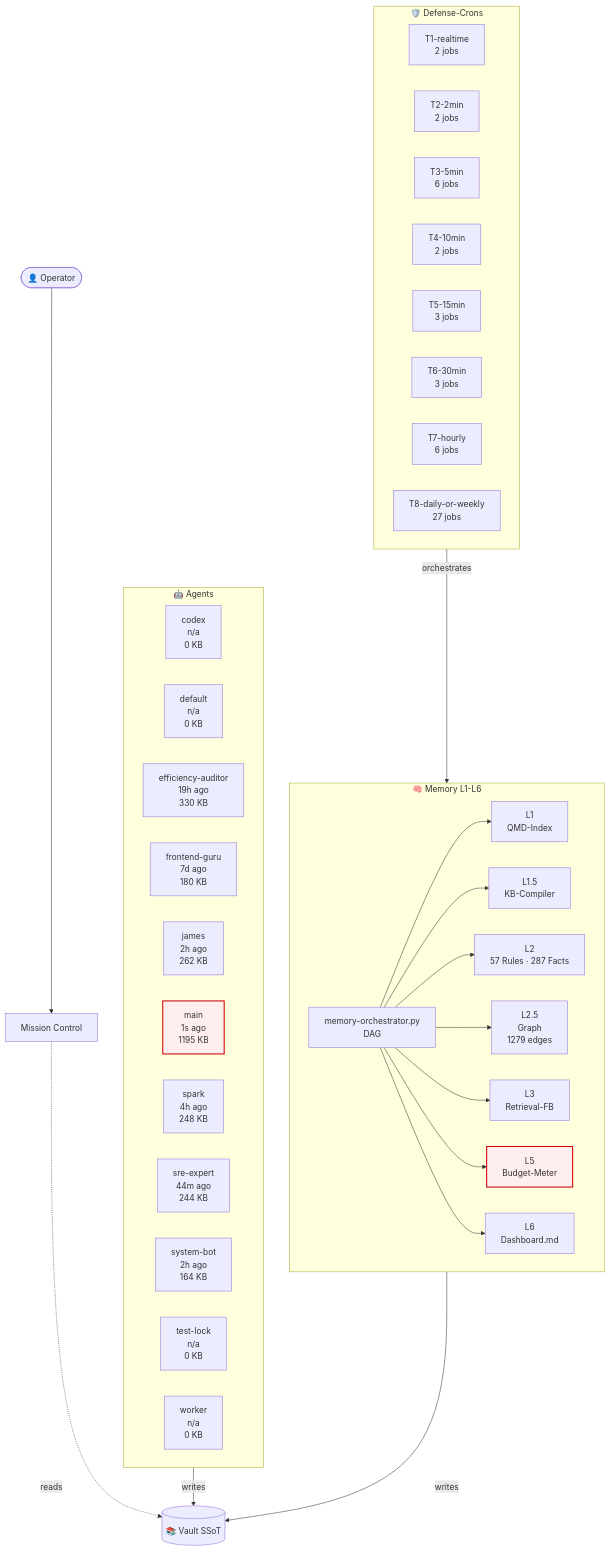
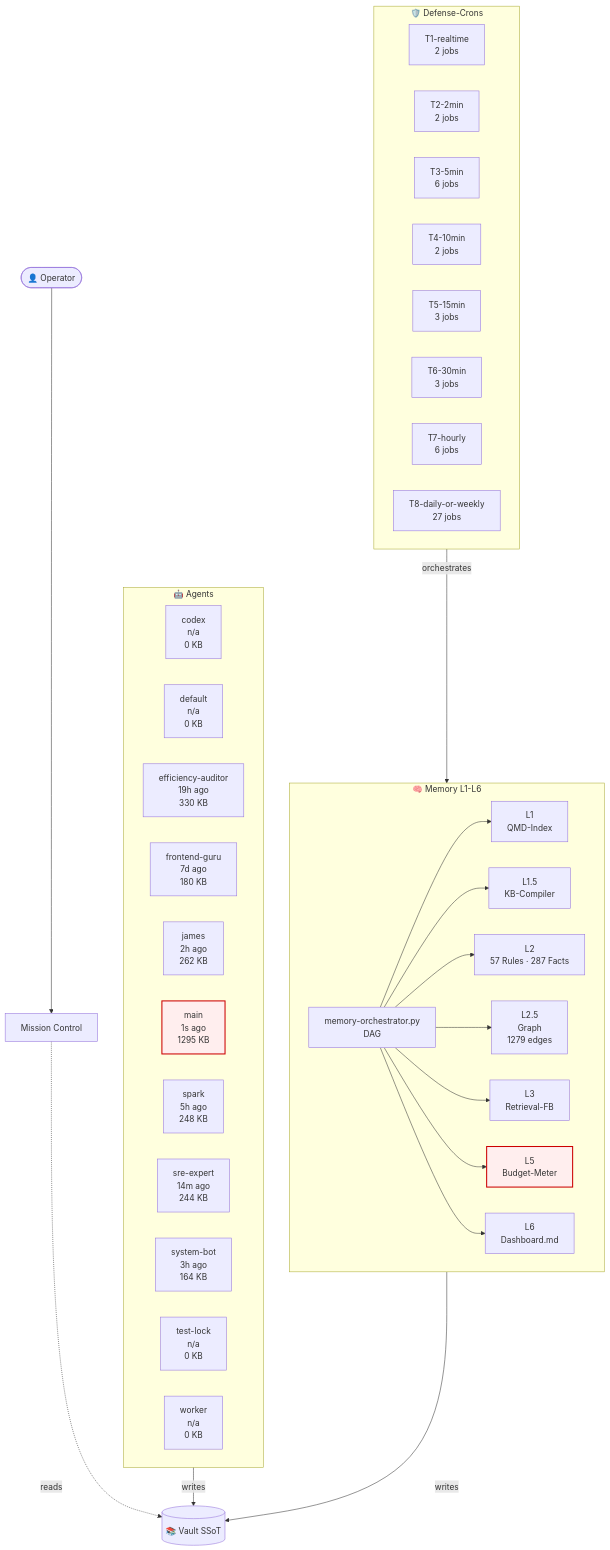
Before and after one commit to lenardhuebner88-rgb/openclaw-memory: the diagram in 03-Agents/architecture-live.md, drawn with Mermaid. The commit also changed other lines of this file and 13 other files, not shown here.

````diff
--- a/03-Agents/architecture-live.md
+++ b/03-Agents/architecture-live.md
@@ -18,54 +18,54 @@
 ```mermaid
 flowchart TB
     classDef critical fill:#fee,stroke:#c00,stroke-width:2px;
     subgraph AGT["🤖 Agents"]
         agent_codex["codex<br/>n/a<br/>0 KB"]
         agent_default["default<br/>n/a<br/>0 KB"]
         agent_efficiency_auditor["efficiency-auditor<br/>19h ago<br/>330 KB"]
         agent_frontend_guru["frontend-guru<br/>7d ago<br/>180 KB"]
         agent_james["james<br/>2h ago<br/>262 KB"]
-        agent_main["main<br/>1s ago<br/>1195 KB"]
-        agent_spark["spark<br/>4h ago<br/>248 KB"]
-        agent_sre_expert["sre-expert<br/>44m ago<br/>244 KB"]
-        agent_system_bot["system-bot<br/>2h ago<br/>164 KB"]
+        agent_main["main<br/>1s ago<br/>1295 KB"]
+        agent_spark["spark<br/>5h ago<br/>248 KB"]
+        agent_sre_expert["sre-expert<br/>14m ago<br/>244 KB"]
+        agent_system_bot["system-bot<br/>3h ago<br/>164 KB"]
         agent_test_lock["test-lock<br/>n/a<br/>0 KB"]
         agent_worker["worker<br/>n/a<br/>0 KB"]
     end
     subgraph MEM["🧠 Memory L1-L6"]
         L1["L1<br/>QMD-Index"]
         L15["L1.5<br/>KB-Compiler"]
         L2["L2<br/>57 Rules · 287 Facts"]
         L25["L2.5<br/>Graph<br/>1279 edges"]
         L3["L3<br/>Retrieval-FB"]
         L5["L5<br/>Budget-Meter"]
         L6["L6<br/>Dashboard.md"]
         ORCH["memory-orchestrator.py<br/>DAG"]
     end
     subgraph CRN["🛡️ Defense-Crons"]
         tier_T1_realtime["T1-realtime<br/>2 jobs"]
         tier_T2_2min["T2-2min<br/>2 jobs"]
         tier_T3_5min["T3-5min<br/>6 jobs"]
         tier_T4_10min["T4-10min<br/>2 jobs"]
         tier_T5_15min["T5-15min<br/>3 jobs"]
         tier_T6_30min["T6-30min<br/>3 jobs"]
         tier_T7_hourly["T7-hourly<br/>6 jobs"]
         tier_T8_daily_or_weekly["T8-daily-or-weekly<br/>27 jobs"]
     end
     VAULT[("📚 Vault SSoT")]
     OP([👤 Operator])
     MC["Mission Control"]
     OP --> MC
     MC -.reads.-> VAULT
     AGT -->|writes| VAULT
     MEM -->|writes| VAULT
     ORCH --> L1
     ORCH --> L15
     ORCH --> L2
     ORCH --> L25
     ORCH --> L3
     ORCH --> L5
     ORCH --> L6
     CRN -->|orchestrates| MEM
     class L5 critical
     class agent_main critical
 ```
````
